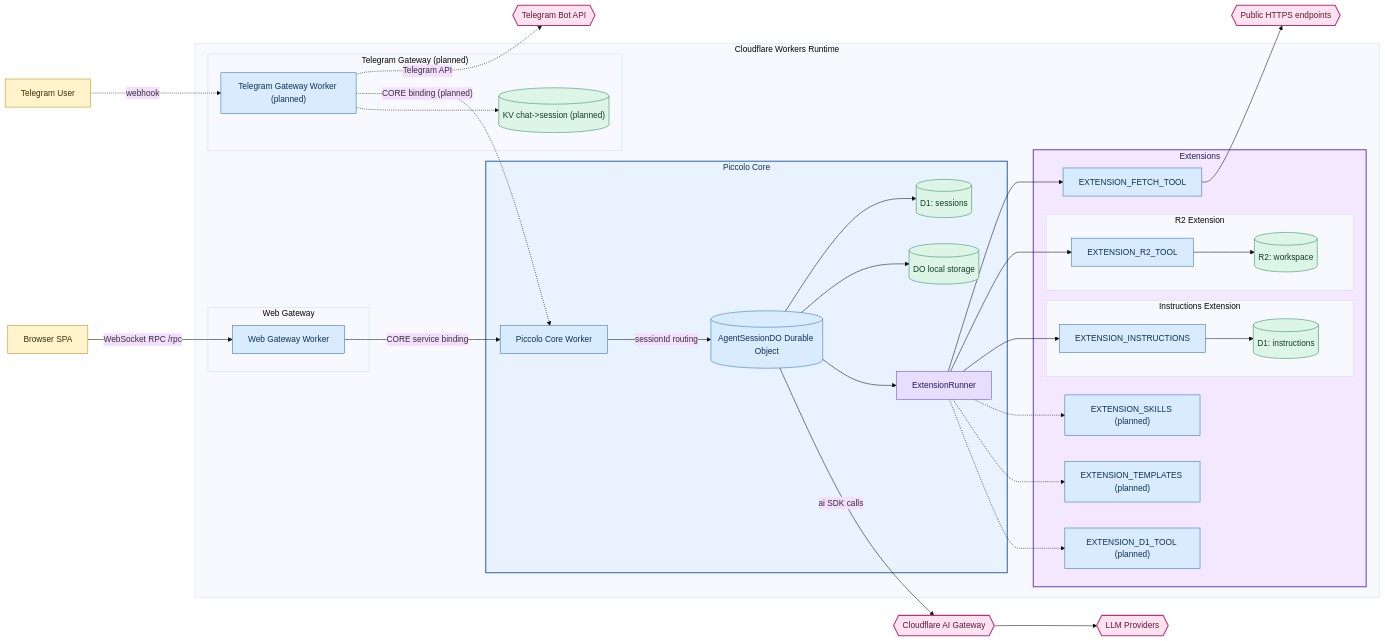
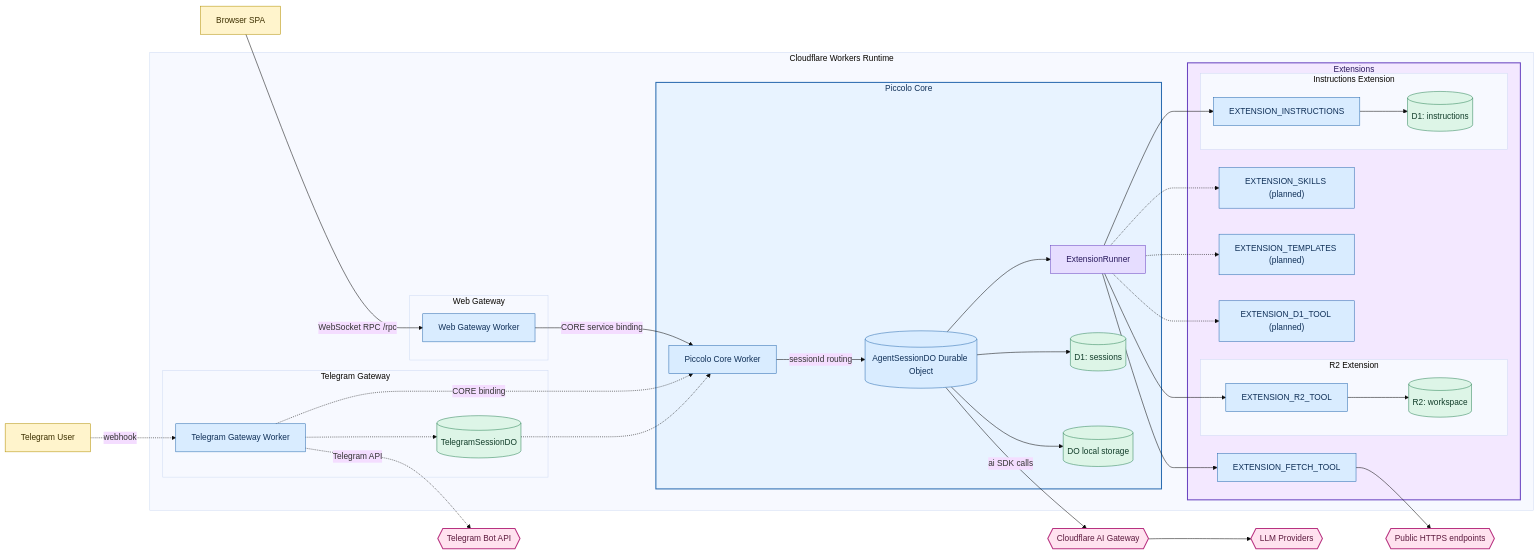
The diagram in specs/architecture-diagram.md (mikea/piccolo), drawn with Mermaid (base theme) before and after one commit. The commit also changed 25 other files, not shown here.

Commit message:
telegram gateway

```diff
--- a/specs/architecture-diagram.md
+++ b/specs/architecture-diagram.md
@@ -39,9 +39,9 @@
       ext_d1["EXTENSION_D1_TOOL (planned)"]
     end
 
-    subgraph telegram_group["Telegram Gateway (planned)"]
-      tg_gateway["Telegram Gateway Worker (planned)"]
-      kv_telegram[("KV chat->session (planned)")]
+    subgraph telegram_group["Telegram Gateway"]
+      tg_gateway["Telegram Gateway Worker"]
+      tg_session_do[("TelegramSessionDO")]
     end
   end
 
@@ -67,8 +67,9 @@
 
   telegram_user -.->|"webhook"| tg_gateway
   tg_gateway -.->|"Telegram API"| telegram_api
-  tg_gateway -.->|"CORE binding (planned)"| core_worker
-  tg_gateway -.-> kv_telegram
+  tg_gateway -.->|"CORE binding"| core_worker
+  tg_gateway -.-> tg_session_do
+  tg_session_do -.-> core_worker
 
   classDef client fill:#fff4cc,stroke:#b38f00,color:#3d3000,stroke-width:1px;
   classDef worker fill:#d9ecff,stroke:#2b6cb0,color:#0f2f57,stroke-width:1px;
@@ -79,7 +80,7 @@
   class browser,telegram_user client;
   class web_gateway,core_worker,session_do,ext_fetch,ext_r2,ext_instructions,ext_skills,ext_templates,ext_d1,tg_gateway worker;
   class extension_runner orchestrator;
-  class d1_sessions,do_storage,r2_workspace,d1_instructions,kv_telegram storage;
+  class d1_sessions,do_storage,r2_workspace,d1_instructions,tg_session_do storage;
   class ai_gateway,llm_providers,public_web,telegram_api external;
 
   style core_group fill:#e8f3ff,stroke:#2b6cb0,stroke-width:2px,color:#0f2f57;
```
